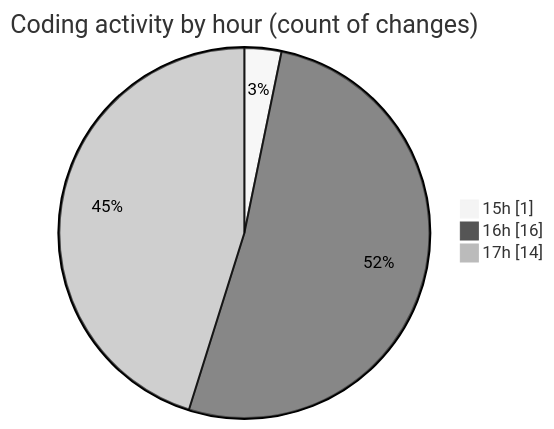
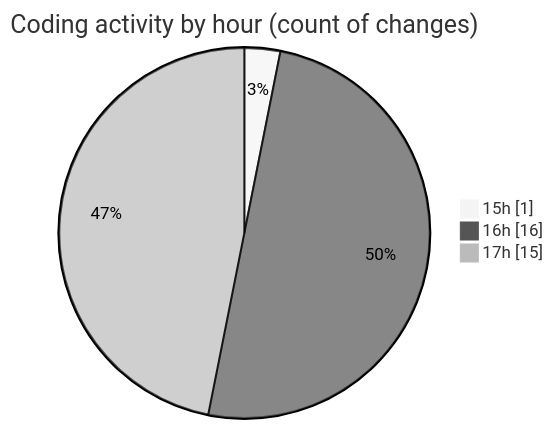
One commit to debugP/code-tracking changed the second of 2 diagrams in 2025-10-14/untitled__workspace_/README.md. Above: the diagram before and after it, drawn with Mermaid (neutral theme). The commit also changed other lines of this file and 1 other file, not shown here.

````diff
--- a/2025-10-14/untitled__workspace_/README.md
+++ b/2025-10-14/untitled__workspace_/README.md
@@ -28,7 +28,7 @@
 ```mermaid
 pie showData
 title Coding activity by hour (count of changes)
 "15h" : 1
 "16h" : 16
-"17h" : 14
+"17h" : 15
 ```
````
